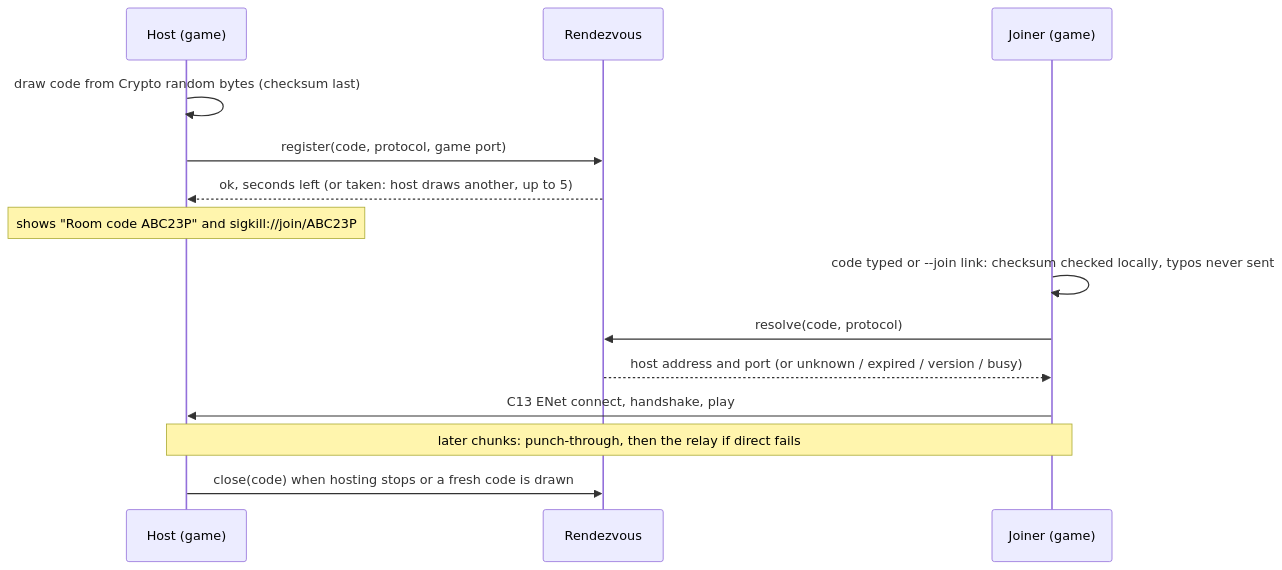
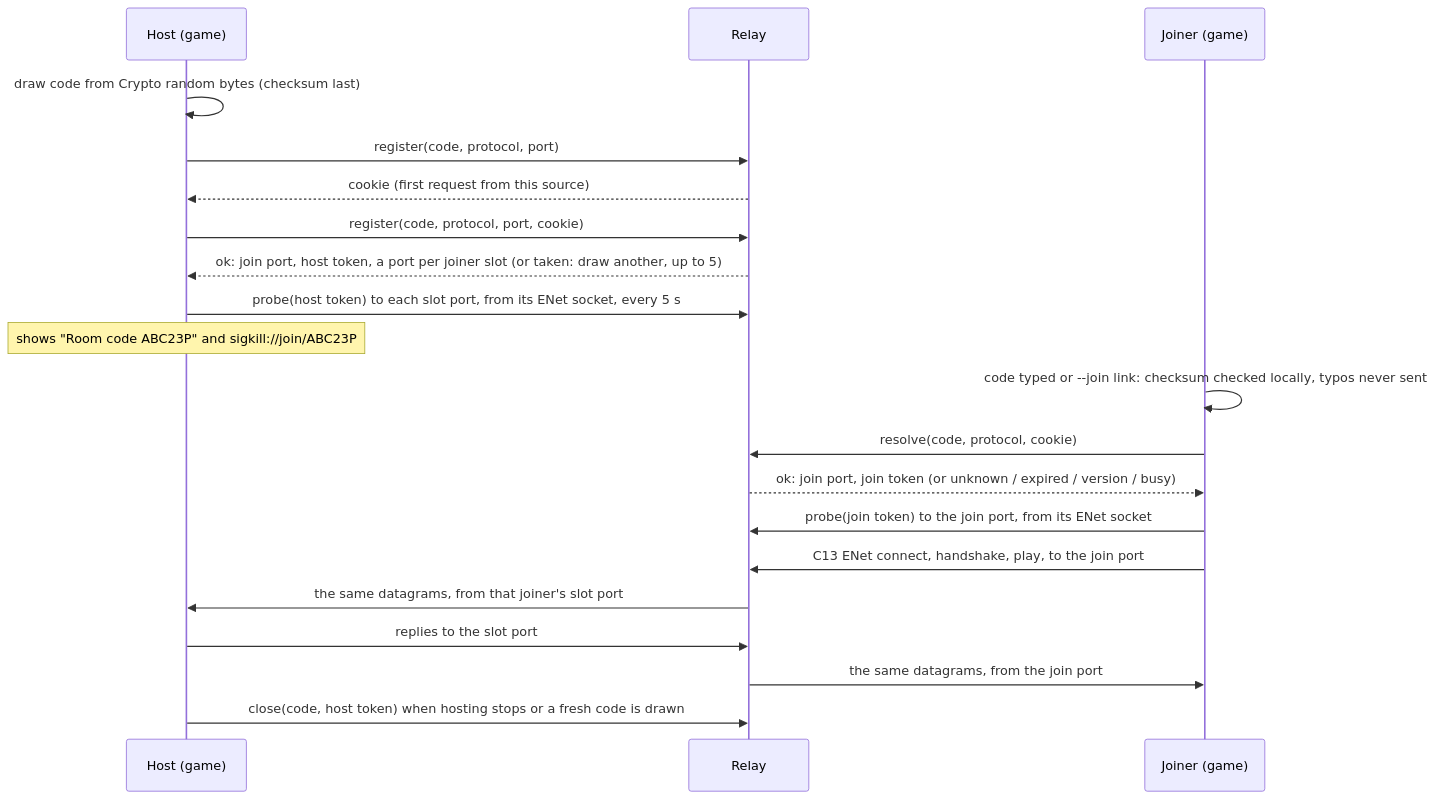
Before and after one commit to nixfred/sigkill: the diagram in docs/RELAY.md, drawn with Mermaid. The commit also changed other lines of this file and 2 other files, not shown here.

````diff
--- a/docs/RELAY.md
+++ b/docs/RELAY.md
@@ -68,16 +92,22 @@
 ```mermaid
 sequenceDiagram
     participant H as Host (game)
-    participant R as Rendezvous
+    participant R as Relay
     participant J as Joiner (game)
     H->>H: draw code from Crypto random bytes (checksum last)
-    H->>R: register(code, protocol, game port)
-    R-->>H: ok, seconds left (or taken: host draws another, up to 5)
+    H->>R: register(code, protocol, port)
+    R-->>H: cookie (first request from this source)
+    H->>R: register(code, protocol, port, cookie)
+    R-->>H: ok: join port, host token, a port per joiner slot (or taken: draw another, up to 5)
+    H->>R: probe(host token) to each slot port, from its ENet socket, every 5 s
     Note over H: shows "Room code ABC23P" and sigkill://join/ABC23P
     J->>J: code typed or --join link: checksum checked locally, typos never sent
-    J->>R: resolve(code, protocol)
-    R-->>J: host address and port (or unknown / expired / version / busy)
-    J->>H: C13 ENet connect, handshake, play
-    Note over H,J: later chunks: punch-through, then the relay if direct fails
-    H->>R: close(code) when hosting stops or a fresh code is drawn
+    J->>R: resolve(code, protocol, cookie)
+    R-->>J: ok: join port, join token (or unknown / expired / version / busy)
+    J->>R: probe(join token) to the join port, from its ENet socket
+    J->>R: C13 ENet connect, handshake, play, to the join port
+    R->>H: the same datagrams, from that joiner's slot port
+    H->>R: replies to the slot port
+    R->>J: the same datagrams, from the join port
+    H->>R: close(code, host token) when hosting stops or a fresh code is drawn
 ```
````
